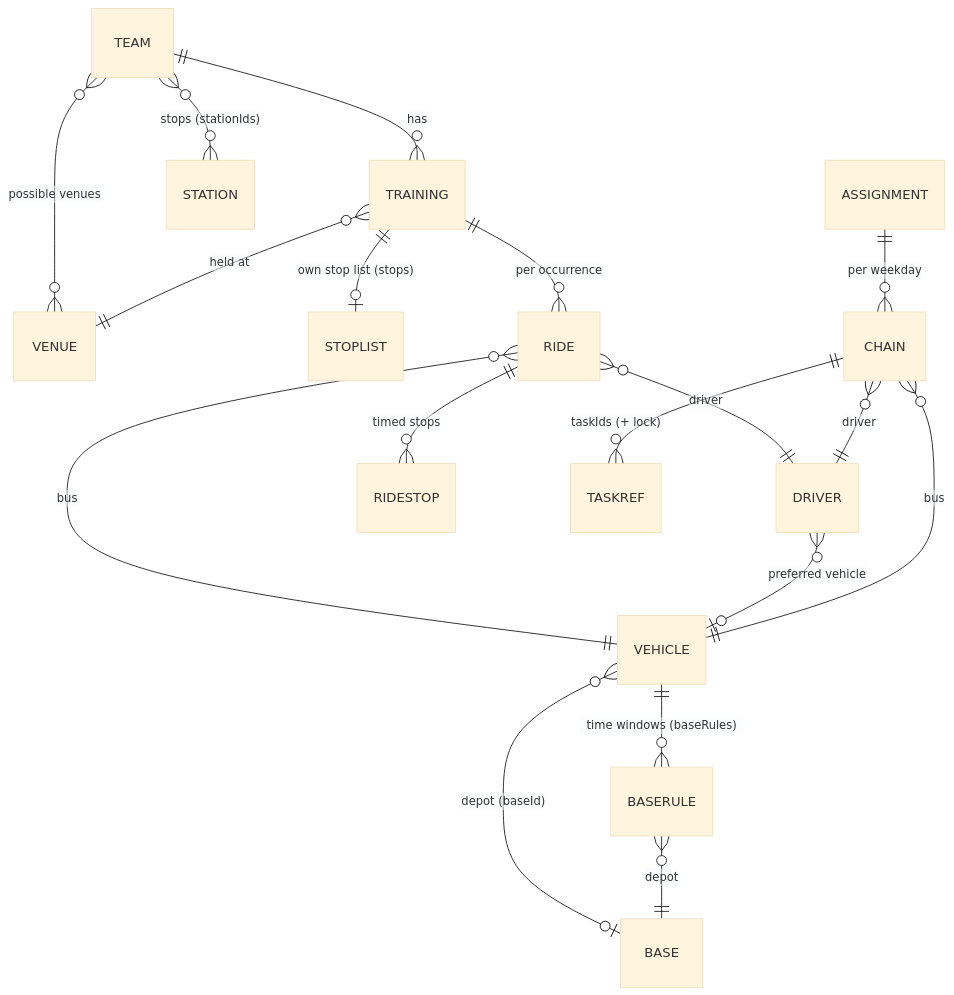
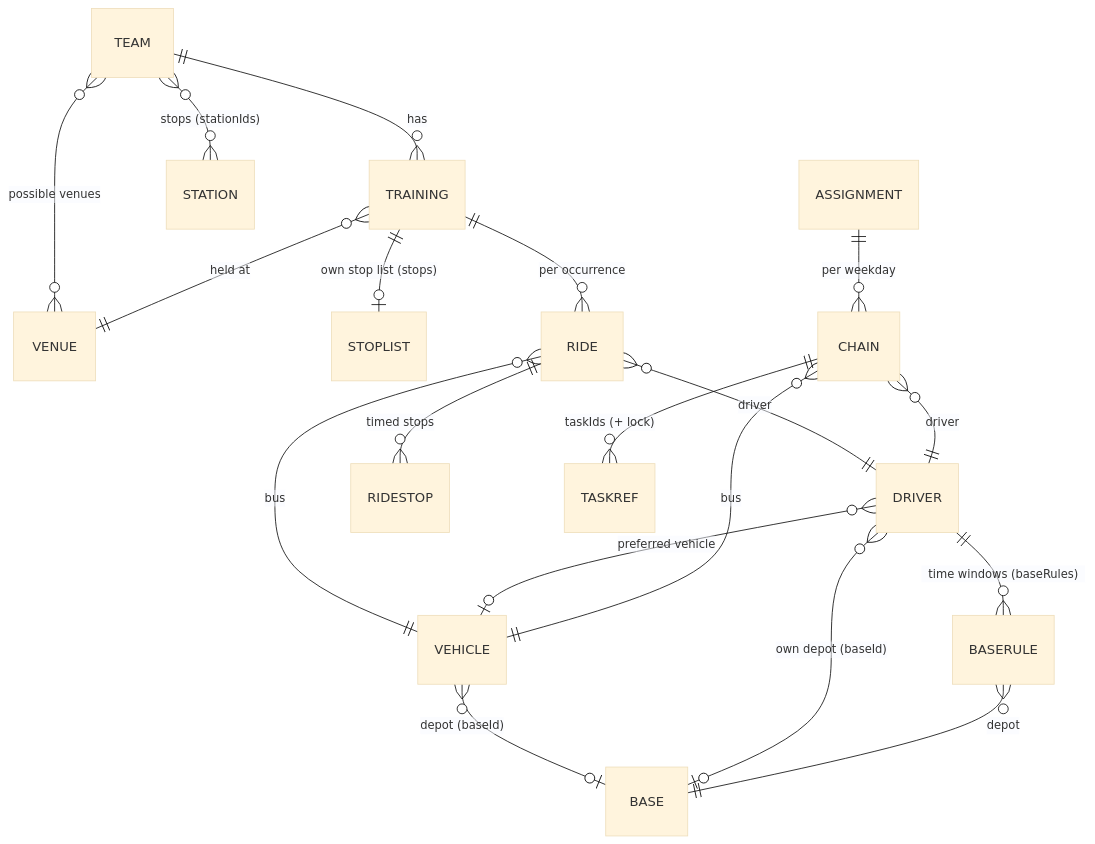
The third of 4 diagrams in docs/ARCHITECTURE.md (btndbrt/fuvarterv), drawn with Mermaid (base theme) before and after one commit. The commit also changed other lines of this file and 10 other files, not shown here.

First line of the commit message:
Move time-dependent depots from the vehicle to the driver

````diff
--- a/docs/ARCHITECTURE.md
+++ b/docs/ARCHITECTURE.md
@@ -278,20 +279,21 @@
 ```mermaid
 erDiagram
     TEAM ||--o{ TRAINING : "has"
     TEAM }o--o{ STATION : "stops (stationIds)"
     TEAM }o--o{ VENUE : "possible venues"
     TRAINING }o--|| VENUE : "held at"
     TRAINING ||--o| STOPLIST : "own stop list (stops)"
     TRAINING ||--o{ RIDE : "per occurrence"
     RIDE }o--|| VEHICLE : "bus"
     RIDE }o--|| DRIVER : "driver"
     RIDE ||--o{ RIDESTOP : "timed stops"
     VEHICLE }o--o| BASE : "depot (baseId)"
-    VEHICLE ||--o{ BASERULE : "time windows (baseRules)"
+    DRIVER }o--o| BASE : "own depot (baseId)"
+    DRIVER ||--o{ BASERULE : "time windows (baseRules)"
     BASERULE }o--|| BASE : "depot"
     DRIVER }o--o| VEHICLE : "preferred vehicle"
     ASSIGNMENT ||--o{ CHAIN : "per weekday"
     CHAIN }o--|| DRIVER : "driver"
     CHAIN }o--|| VEHICLE : "bus"
     CHAIN ||--o{ TASKREF : "taskIds (+ lock)"
 ```
````
